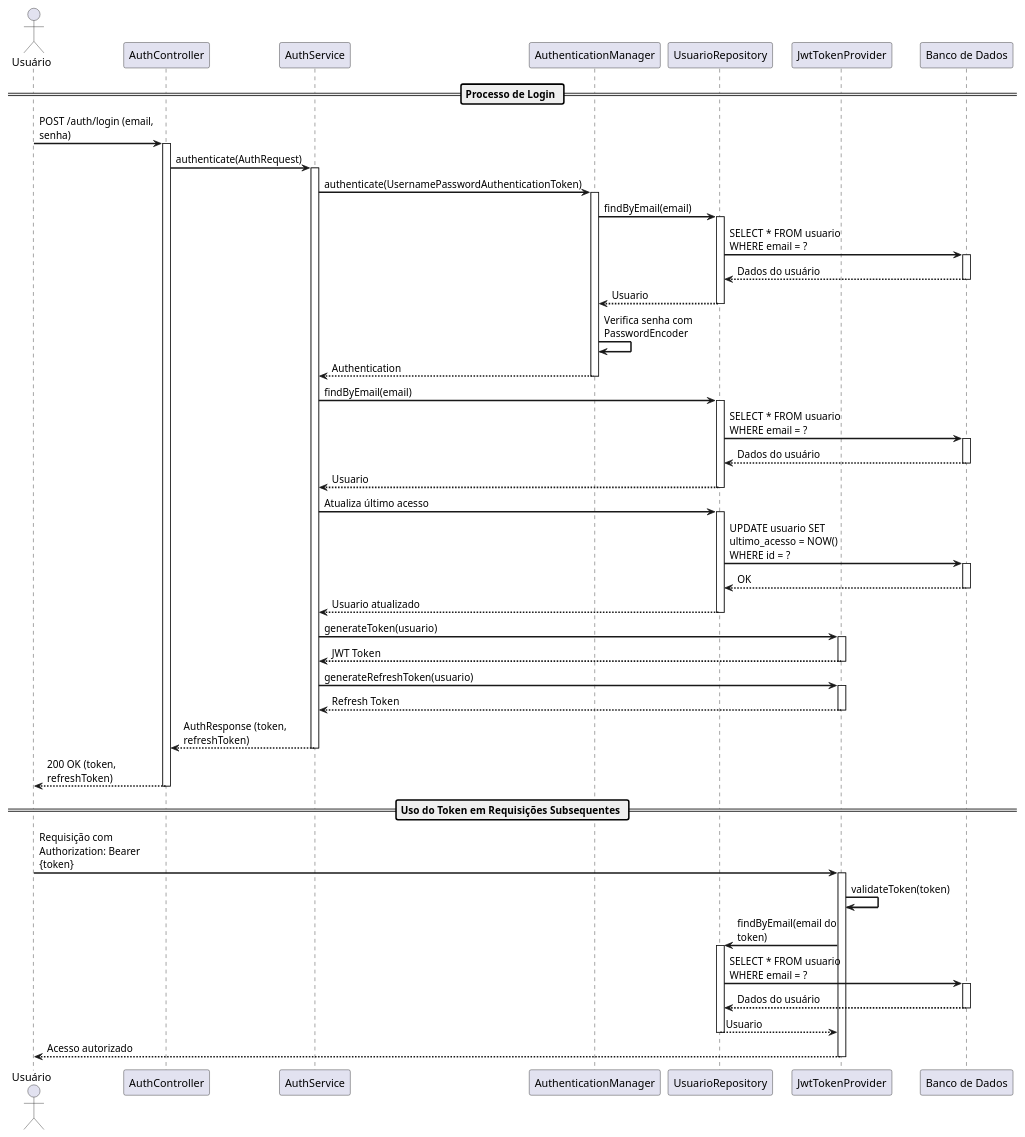
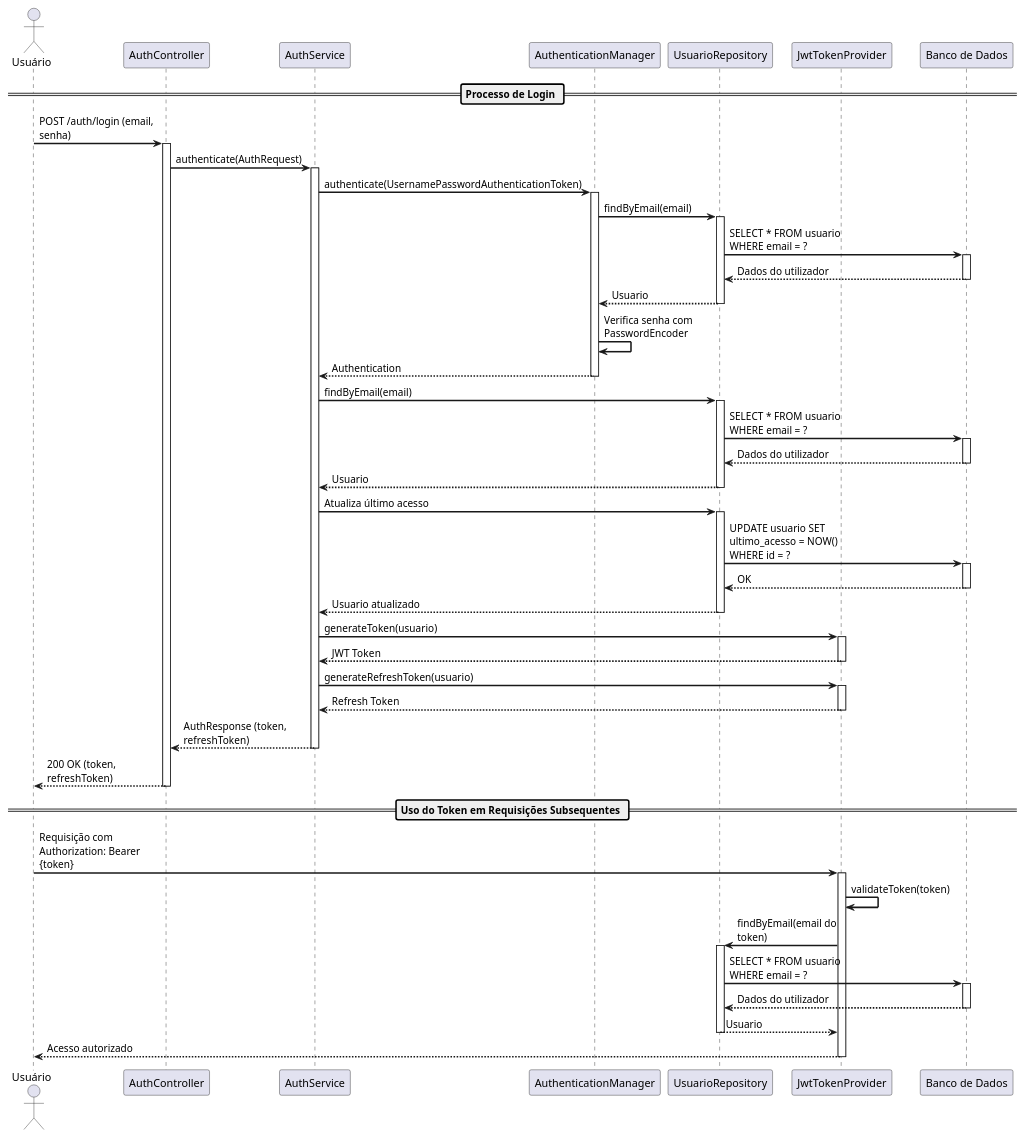
Before and after one commit to tchspprtcv/simple: the diagram in backend/docs/diagramas/sequencia_autenticacao.puml, drawn with PlantUML. The commit also changed 152 other files, not shown here.

First line of the commit message:
refactor: migrate from monolith to microservices architecture

```diff
--- a/backend/docs/diagramas/sequencia_autenticacao.puml
+++ b/backend/docs/diagramas/sequencia_autenticacao.puml
@@ -1,89 +1,89 @@
 @startuml Diagrama de Sequência - Processo de Autenticação
 skinparam sequenceArrowThickness 2
 skinparam roundcorner 5
 skinparam maxmessagesize 160
 
 actor "Usuário" as user
 participant "AuthController" as authCtrl
 participant "AuthService" as authSrv
 participant "AuthenticationManager" as authMgr
 participant "UsuarioRepository" as userRepo
 participant "JwtTokenProvider" as jwtProvider
 participant "Banco de Dados" as db
 
 == Processo de Login ==
 
 user -> authCtrl : POST /auth/login (email, senha)
 activate authCtrl
 
 authCtrl -> authSrv : authenticate(AuthRequest)
 activate authSrv
 
 authSrv -> authMgr : authenticate(UsernamePasswordAuthenticationToken)
 activate authMgr
 authMgr -> userRepo : findByEmail(email)
 activate userRepo
 userRepo -> db : SELECT * FROM usuario WHERE email = ?
 activate db
-db --> userRepo : Dados do usuário
+db --> userRepo : Dados do utilizador
 deactivate db
 userRepo --> authMgr : Usuario
 deactivate userRepo
 
 authMgr -> authMgr : Verifica senha com PasswordEncoder
 authMgr --> authSrv : Authentication
 deactivate authMgr
 
 authSrv -> userRepo : findByEmail(email)
 activate userRepo
 userRepo -> db : SELECT * FROM usuario WHERE email = ?
 activate db
-db --> userRepo : Dados do usuário
+db --> userRepo : Dados do utilizador
 deactivate db
 userRepo --> authSrv : Usuario
 deactivate userRepo
 
 authSrv -> userRepo : Atualiza último acesso
 activate userRepo
 userRepo -> db : UPDATE usuario SET ultimo_acesso = NOW() WHERE id = ?
 activate db
 db --> userRepo : OK
 deactivate db
 userRepo --> authSrv : Usuario atualizado
 deactivate userRepo
 
 authSrv -> jwtProvider : generateToken(usuario)
 activate jwtProvider
 jwtProvider --> authSrv : JWT Token
 deactivate jwtProvider
 
 authSrv -> jwtProvider : generateRefreshToken(usuario)
 activate jwtProvider
 jwtProvider --> authSrv : Refresh Token
 deactivate jwtProvider
 
 authSrv --> authCtrl : AuthResponse (token, refreshToken)
 deactivate authSrv
 
 authCtrl --> user : 200 OK (token, refreshToken)
 deactivate authCtrl
 
 == Uso do Token em Requisições Subsequentes ==
 
 user -> jwtProvider : Requisição com Authorization: Bearer {token}
 activate jwtProvider
 
 jwtProvider -> jwtProvider : validateToken(token)
 jwtProvider -> userRepo : findByEmail(email do token)
 activate userRepo
 userRepo -> db : SELECT * FROM usuario WHERE email = ?
 activate db
-db --> userRepo : Dados do usuário
+db --> userRepo : Dados do utilizador
 deactivate db
 userRepo --> jwtProvider : Usuario
 deactivate userRepo
 
 jwtProvider --> user : Acesso autorizado
 deactivate jwtProvider
 
 @enduml
```
